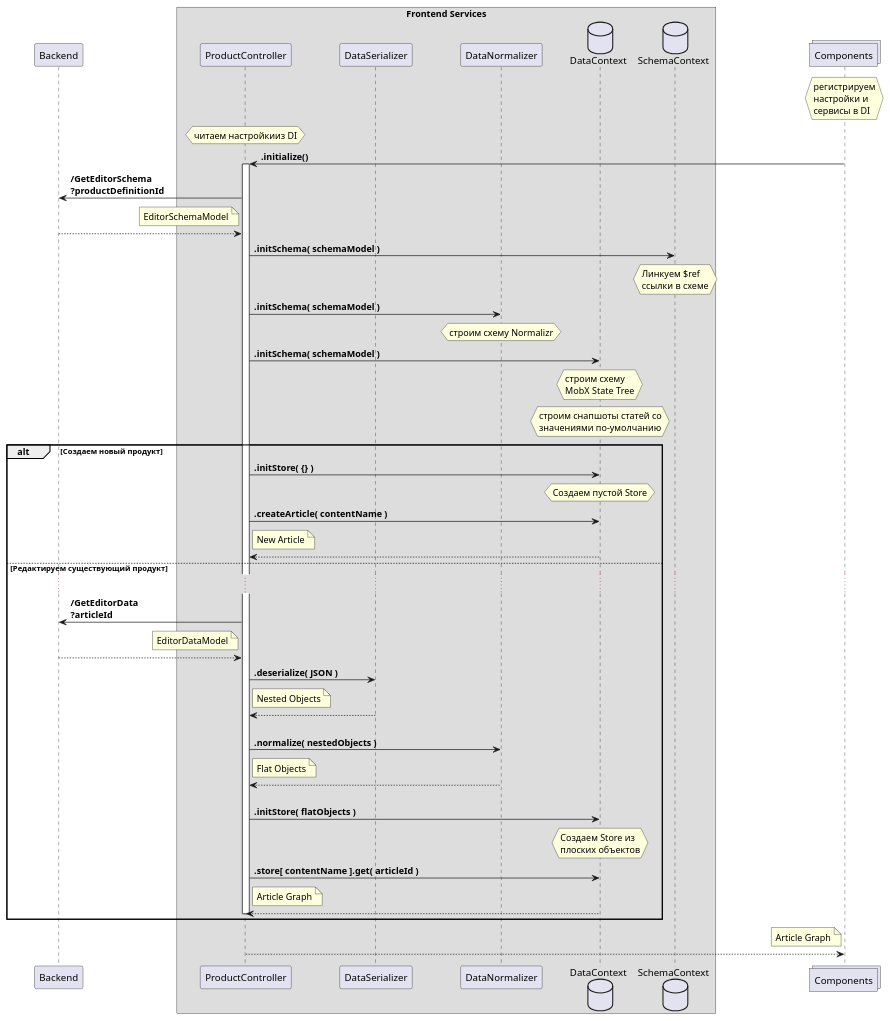
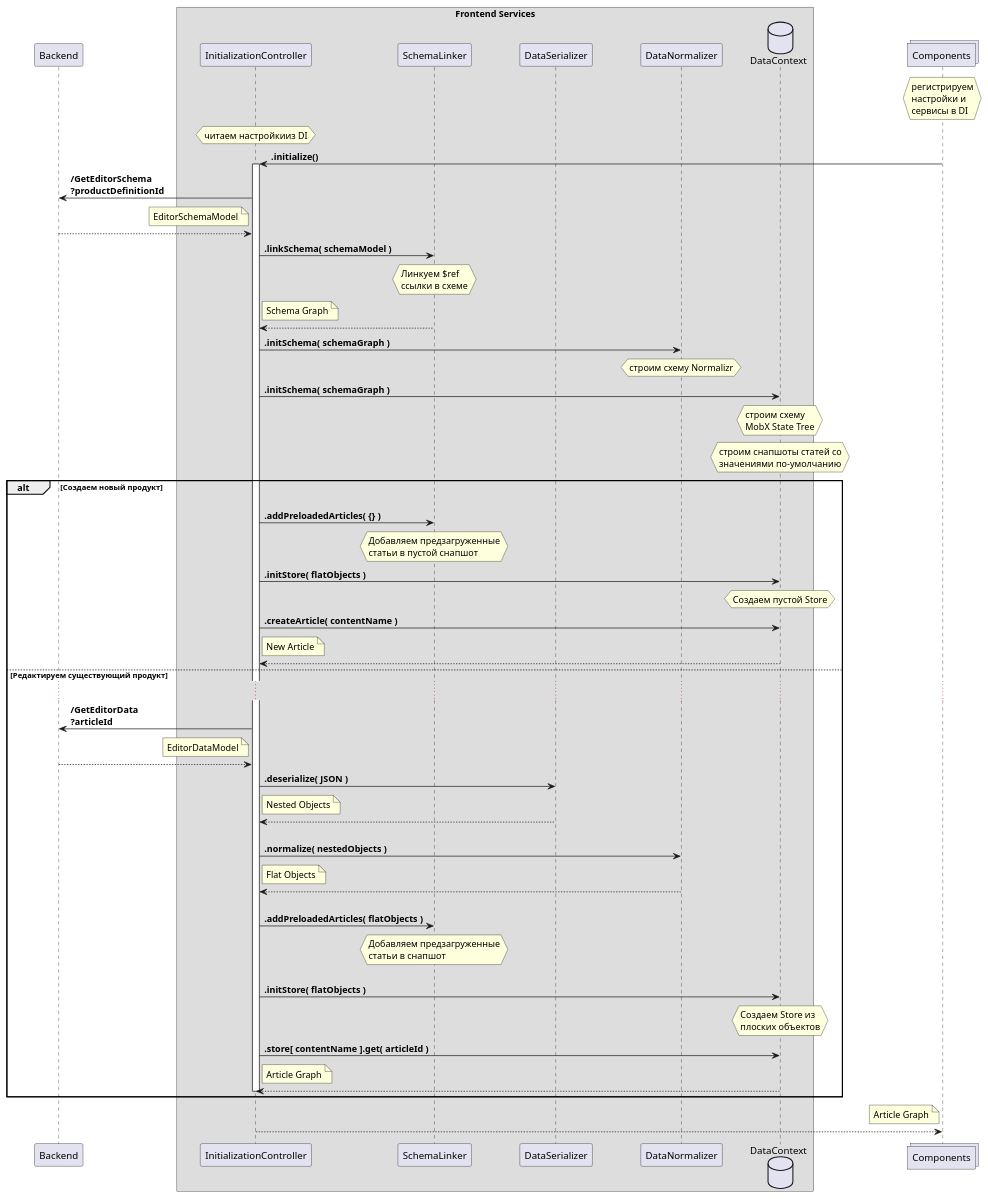
One commit to QuantumArt/QA.DPC changed the diagram in QA.ProductCatalog.Admin.WebApp/Docs/ProductEditor/EditorInitialization.puml. Above: the diagram before and after it, drawn with PlantUML. The commit also changed 4 other files, not shown here.

```diff
--- a/QA.ProductCatalog.Admin.WebApp/Docs/ProductEditor/EditorInitialization.puml
+++ b/QA.ProductCatalog.Admin.WebApp/Docs/ProductEditor/EditorInitialization.puml
@@ -1,98 +1,113 @@
 @startuml EditorInitialization
 skinparam shadowing false
 skinparam ParticipantPadding 30
 skinparam BoxPadding 100
 
 participant Backend
 
 box "Frontend Services"
-participant ProductController
+participant InitializationController
+participant SchemaLinker
 participant DataSerializer
 participant DataNormalizer
 database DataContext
-database SchemaContext
 end box
 
 collections Components
 
 hnote over Components
   регистрируем
   настройки и
   сервисы в DI
 end note
 
-hnote over ProductController
+hnote over InitializationController
   читаем настройкииз DI
 end note
 
-Components -> ProductController: <b>.initialize()
-activate ProductController
+Components -> InitializationController: <b>.initialize()
+activate InitializationController
 
-ProductController -> Backend: <b>/GetEditorSchema\n<b>?productDefinitionId
-note left of ProductController: EditorSchemaModel
-Backend --> ProductController
+InitializationController -> Backend: <b>/GetEditorSchema\n<b>?productDefinitionId
+note left of InitializationController: EditorSchemaModel
+Backend --> InitializationController
 
-ProductController -> SchemaContext: <b>.initSchema( schemaModel )
-hnote over SchemaContext
+InitializationController -> SchemaLinker: <b>.linkSchema( schemaModel )
+hnote over SchemaLinker
  Линкуем $ref
  ссылки в схеме
 end note
 
-ProductController -> DataNormalizer: <b>.initSchema( schemaModel )
+note right of InitializationController: Schema Graph
+SchemaLinker --> InitializationController
+
+InitializationController -> DataNormalizer: <b>.initSchema( schemaGraph )
 hnote over DataNormalizer: строим схему Normalizr
 
-ProductController -> DataContext: <b>.initSchema( schemaModel )
+InitializationController -> DataContext: <b>.initSchema( schemaGraph )
 hnote over DataContext
   строим схему
   MobX State Tree
 end note
 hnote over DataContext
   строим снапшоты статей со
   значениями по-умолчанию
 end note
 
 alt Создаем новый продукт
 
-  ProductController -> DataContext: <b>.initStore( {} )
+  InitializationController -> SchemaLinker: \n<b>.addPreloadedArticles( {} )
+  hnote over SchemaLinker
+    Добавляем предзагруженные
+    статьи в пустой снапшот
+  end note
+
+  InitializationController -> DataContext: <b>.initStore( flatObjects )
   hnote over DataContext: Создаем пустой Store
 
-  ProductController -> DataContext: <b>.createArticle( contentName )
+  InitializationController -> DataContext: <b>.createArticle( contentName )
 
-  note right of ProductController: New Article
-  DataContext --> ProductController
+  note right of InitializationController: New Article
+  DataContext --> InitializationController
 
 else Редактируем существующий продукт
 
   ...
 
-  ProductController -> Backend: <b>/GetEditorData\n<b>?articleId
-  note left of ProductController: EditorDataModel
-  Backend --> ProductController:
+  InitializationController -> Backend: <b>/GetEditorData\n<b>?articleId
+  note left of InitializationController: EditorDataModel
+  Backend --> InitializationController:
 
-  ProductController -> DataSerializer: <b>.deserialize( JSON )
-  note right of ProductController: Nested Objects
-  DataSerializer --> ProductController
+  InitializationController -> DataSerializer: <b>.deserialize( JSON )
+  note right of InitializationController: Nested Objects
+  DataSerializer --> InitializationController
 
-  ProductController -> DataNormalizer: \n<b>.normalize( nestedObjects )
-  note right of ProductController: Flat Objects
-  DataNormalizer --> ProductController
+  InitializationController -> DataNormalizer: \n<b>.normalize( nestedObjects )
+  note right of InitializationController: Flat Objects
+  DataNormalizer --> InitializationController
 
-  ProductController -> DataContext: \n<b>.initStore( flatObjects )
+  InitializationController -> SchemaLinker: \n<b>.addPreloadedArticles( flatObjects )
+  hnote over SchemaLinker
+    Добавляем предзагруженные
+    статьи в снапшот
+  end note
+
+  InitializationController -> DataContext: \n<b>.initStore( flatObjects )
   hnote over DataContext
     Создаем Store из
     плоских объектов
   end note
 
-  ProductController -> DataContext: <b>.store[ contentName ].get( articleId )
-  note right of ProductController: Article Graph
-  DataContext --> ProductController
+  InitializationController -> DataContext: <b>.store[ contentName ].get( articleId )
+  note right of InitializationController: Article Graph
+  DataContext --> InitializationController
 
-deactivate ProductController
+deactivate InitializationController
 end
 
 note left of Components: Article Graph
-ProductController --> Components
+InitializationController --> Components
 
-deactivate ProductController
+deactivate InitializationController
 
 @enduml
```
